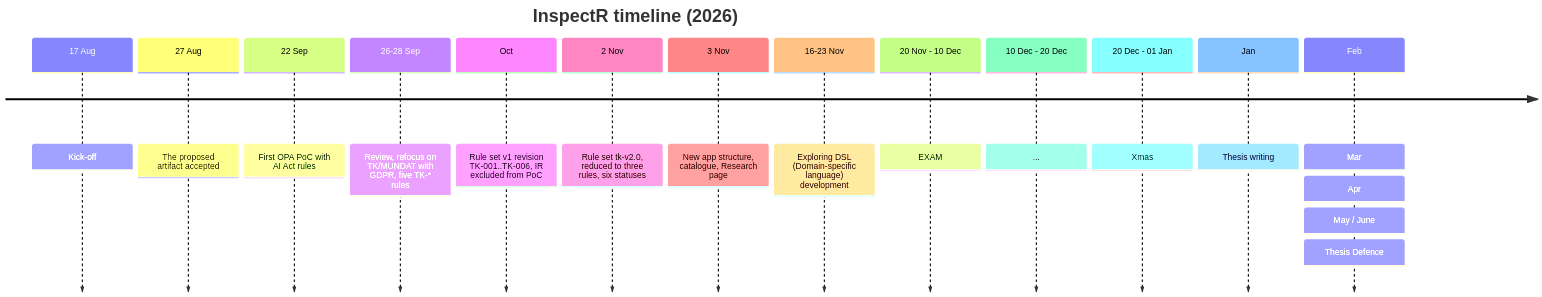
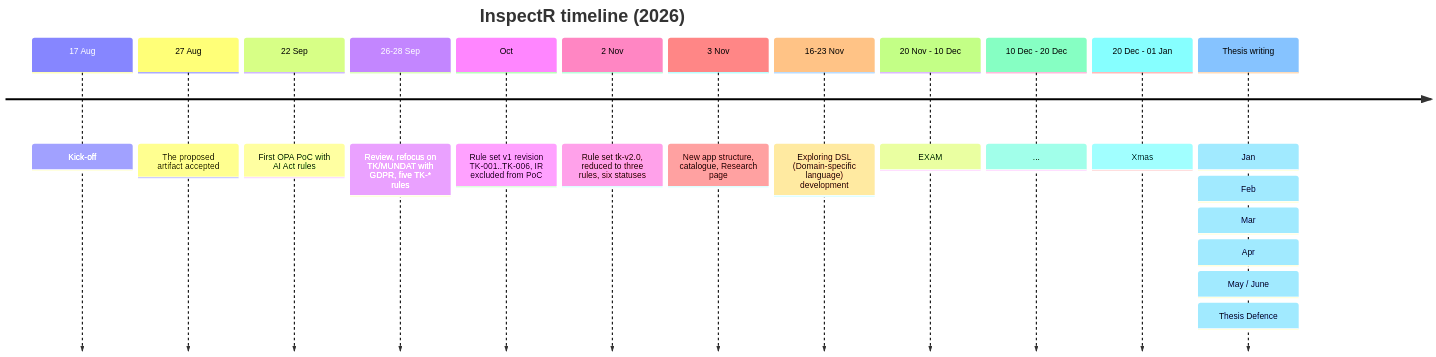
The first of 2 diagrams in README.md (sirin-koca/InspectR-Final), drawn with Mermaid before and after one commit.

Commit message:
Fix formatting for thesis writing section in README

````diff
--- a/README.md
+++ b/README.md
@@ -11,21 +11,22 @@
 ```mermaid
 timeline
     title InspectR timeline (2026)
   17 Aug : Kick-off
   27 Aug : The proposed artifact accepted
   22 Sep : First OPA PoC with AI Act rules
   26-28 Sep : Review, refocus on TK/MUNDAT with GDPR, five TK-* rules
   Oct : Rule set v1 revision TK-001..TK-006, IR excluded from PoC
   2 Nov : Rule set tk-v2.0, reduced to three rules, six statuses
   3 Nov : New app structure, catalogue, Research page
   16-23 Nov : Exploring DSL (Domain-specific language) development 
   20 Nov - 10 Dec : EXAM
   10 Dec - 20 Dec: ...
   20 Dec - 01 Jan: Xmas
-  Jan : Thesis writing 
+ Thesis writing :
+  Jan :
   Feb :
   Mar :
   Apr :
   May / June : Thesis Defence 
   
 ```
````
